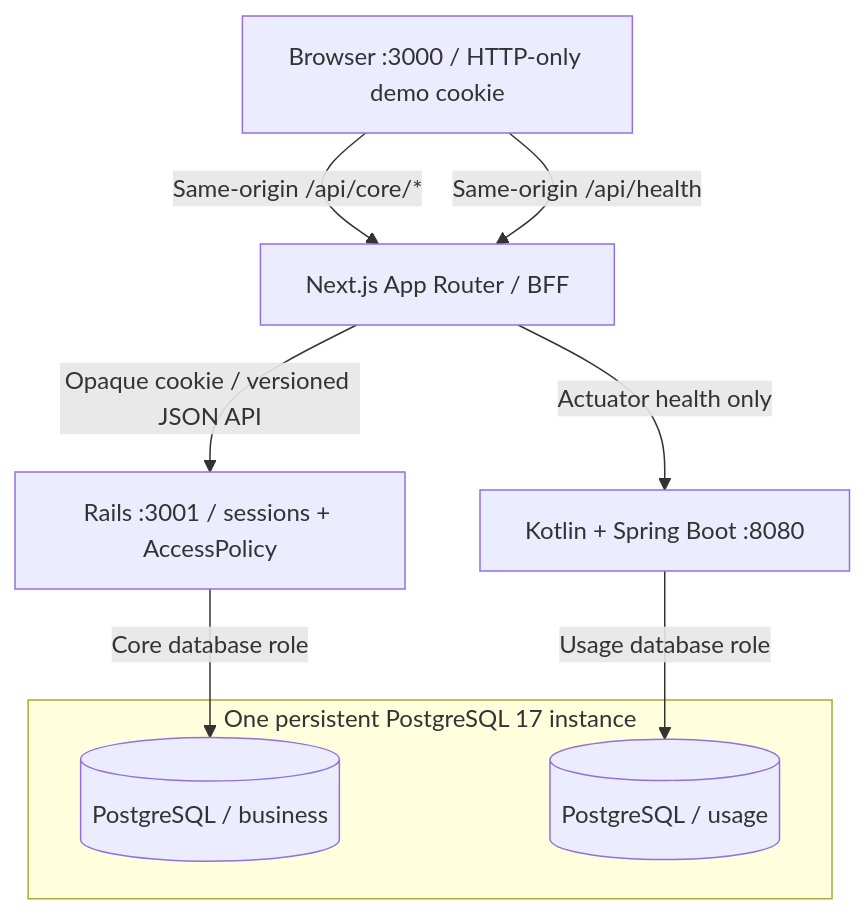
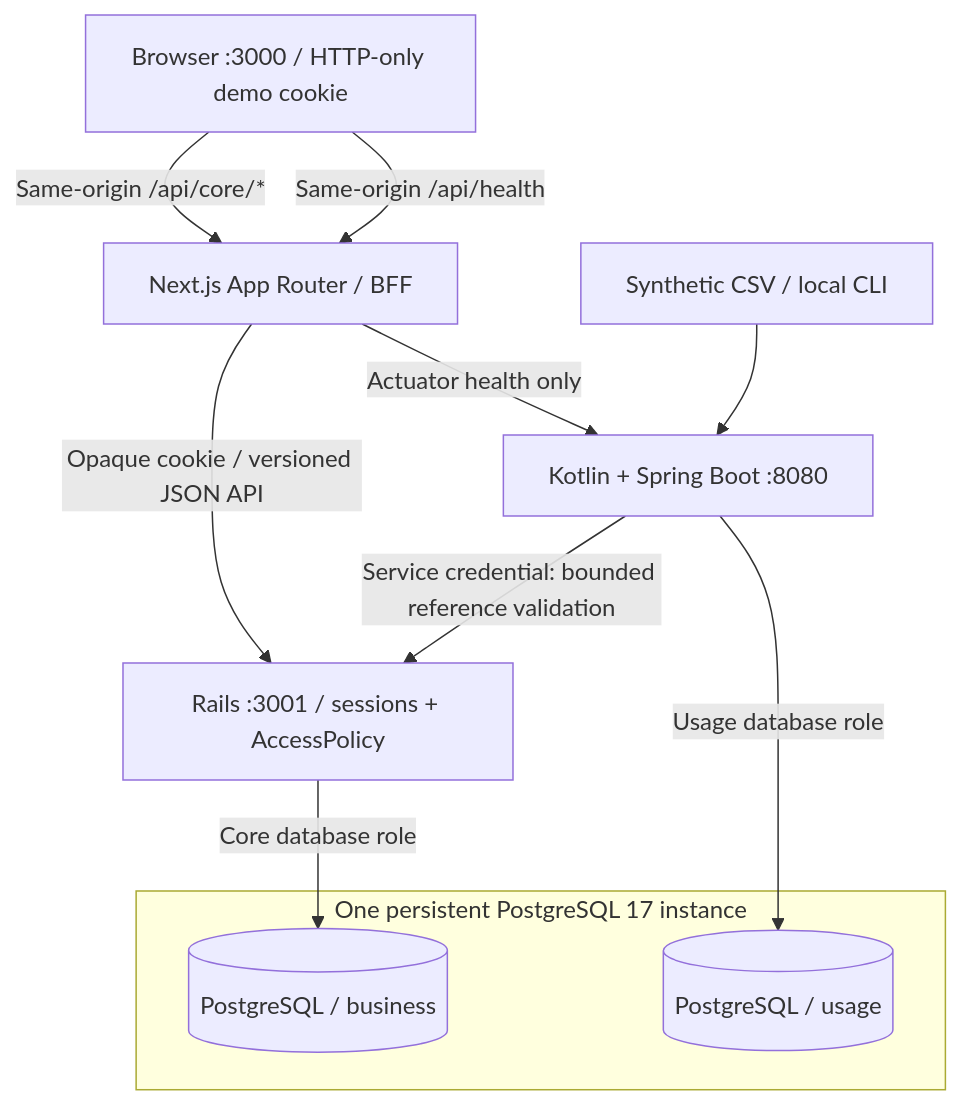
The first of 3 diagrams in docs/architecture.md (aymaanalamgir/tokentrack), drawn with Mermaid before and after one commit. The commit also changed other lines of this file and 41 other files, not shown here.

````diff
--- a/docs/architecture.md
+++ b/docs/architecture.md
@@ -5,13 +5,15 @@
 ```mermaid
 flowchart TB
   Browser["Browser :3000 / HTTP-only demo cookie"] -->|Same-origin /api/core/*| Next["Next.js App Router / BFF"]
   Browser -->|Same-origin /api/health| Next
   Next -->|Opaque cookie / versioned JSON API| Rails["Rails :3001 / sessions + AccessPolicy"]
   Next -->|Actuator health only| Kotlin["Kotlin + Spring Boot :8080"]
+  Kotlin -->|Service credential: bounded reference validation| Rails
+  CSV["Synthetic CSV / local CLI"] --> Kotlin
   Rails -->|Core database role| Business[("PostgreSQL / business")]
   Kotlin -->|Usage database role| Usage[("PostgreSQL / usage")]
   subgraph Database["One persistent PostgreSQL 17 instance"]
     Business
     Usage
   end
 ```
````
